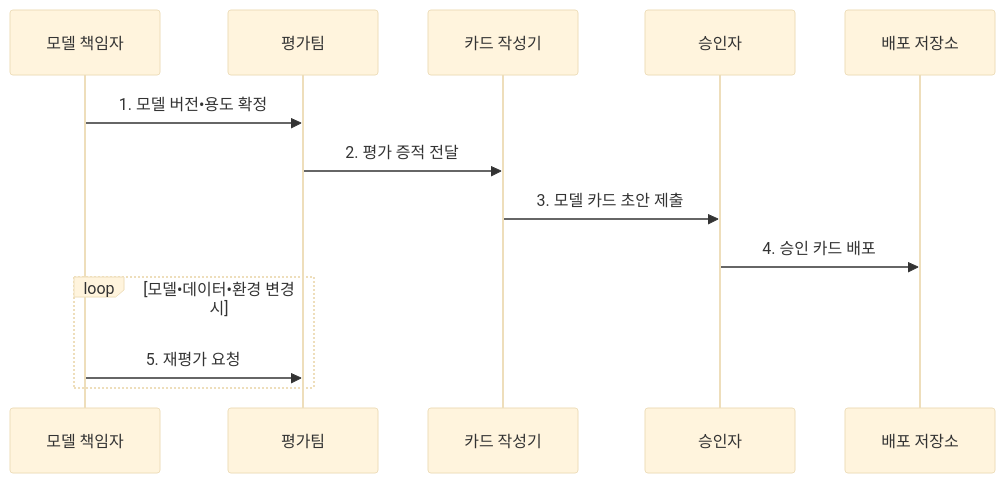
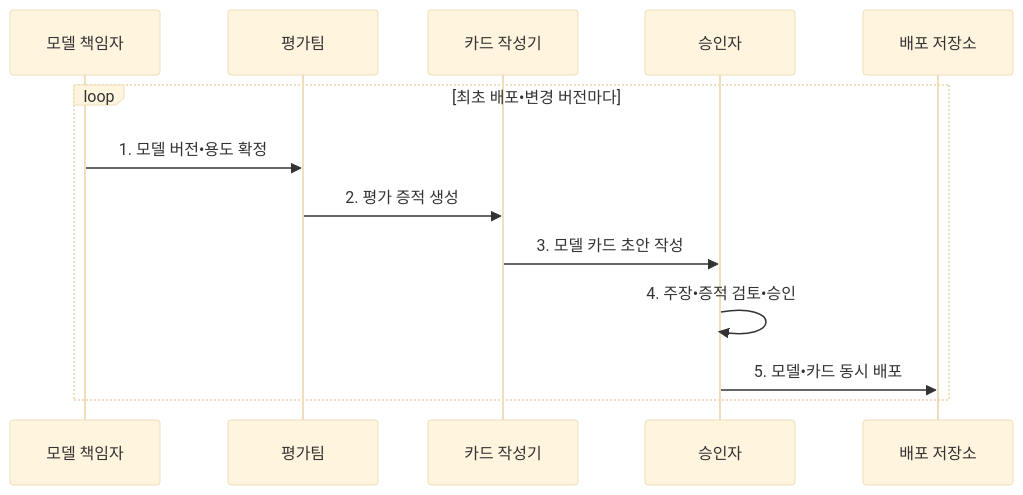
The second of 2 diagrams in src/content/docs/notes/08-latest-tech/107_model_card.md (agnusdei1207/knowledge-base), drawn with Mermaid (base theme) before and after one commit. The commit also changed other lines of this file and 15 other files, not shown here.

````diff
--- a/src/content/docs/notes/08-latest-tech/107_model_card.md
+++ b/src/content/docs/notes/08-latest-tech/107_model_card.md
@@ -101,15 +101,15 @@
 ```mermaid
 sequenceDiagram
     participant O as 모델 책임자
     participant E as 평가팀
     participant C as 카드 작성기
     participant A as 승인자
     participant R as 배포 저장소
-    O->>E: 1. 모델 버전•용도 확정
-    E->>C: 2. 평가 증적 전달
-    C->>A: 3. 모델 카드 초안 제출
-    A->>R: 4. 승인 카드 배포
-    loop 모델•데이터•환경 변경 시
-        O->>E: 5. 재평가 요청
+    loop 최초 배포•변경 버전마다
+        O->>E: 1. 모델 버전•용도 확정
+        E->>C: 2. 평가 증적 생성
+        C->>A: 3. 모델 카드 초안 작성
+        A->>A: 4. 주장•증적 검토•승인
+        A->>R: 5. 모델•카드 동시 배포
     end
 ```
````
